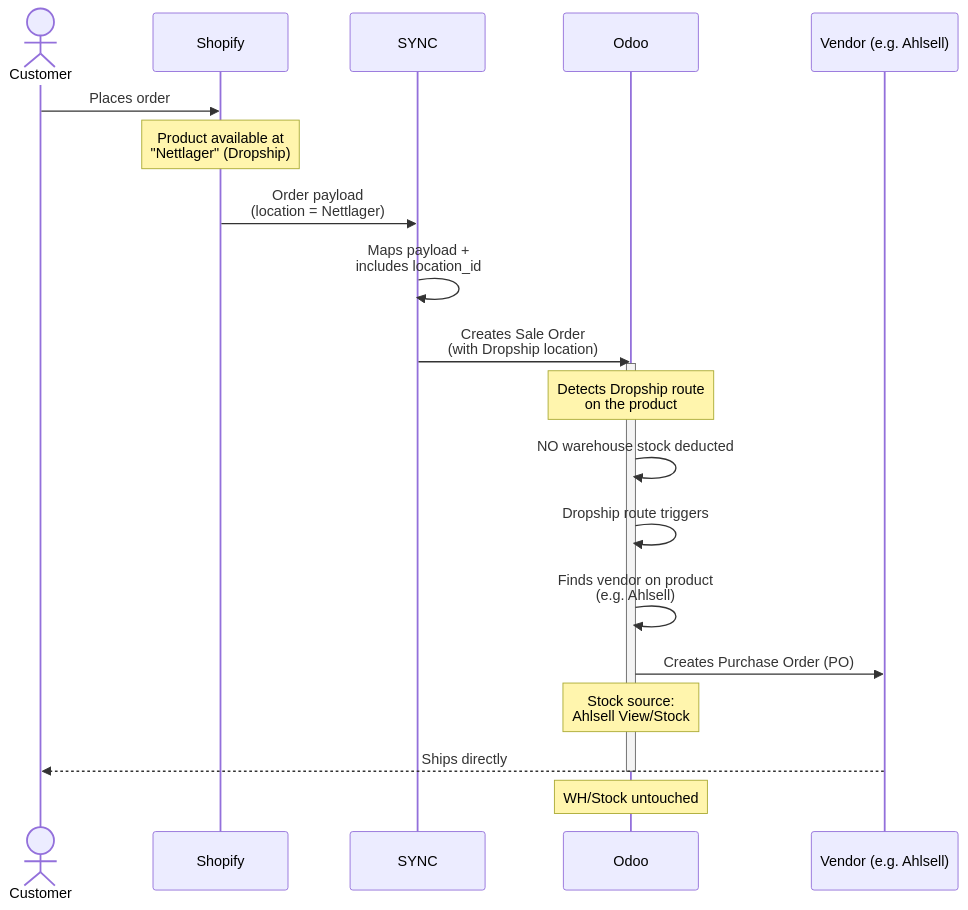
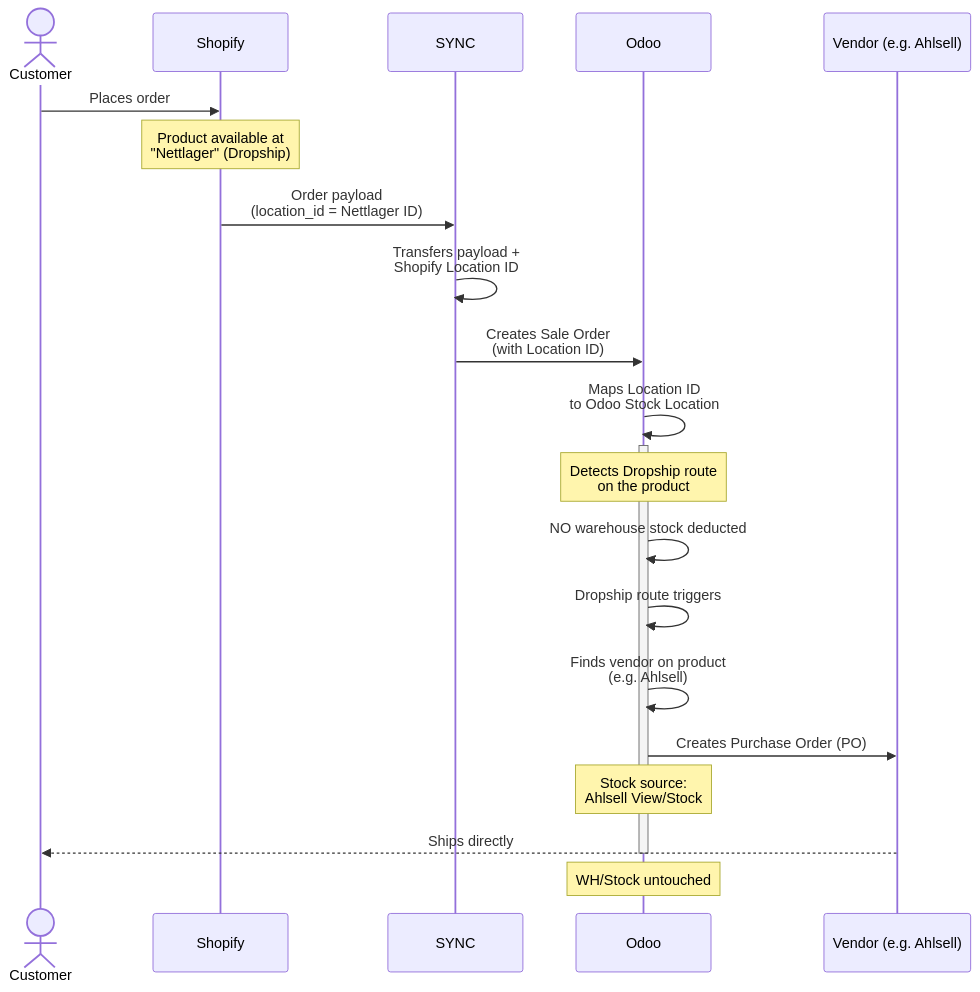
Before and after one commit to ozan-droid/documents: the sixth of 16 diagrams in shopify-sync-odoo-scenarios.md, drawn with Mermaid. The commit also changed other lines of this file, not shown here.

````diff
--- a/shopify-sync-odoo-scenarios.md
+++ b/shopify-sync-odoo-scenarios.md
@@ -272,29 +276,30 @@
 ```mermaid
 sequenceDiagram
     actor Customer
     participant Shopify
     participant SYNC
     participant Odoo
     participant Vendor as Vendor (e.g. Ahlsell)
 
     Customer->>Shopify: Places order
     Note over Shopify: Product available at<br/>"Nettlager" (Dropship)
 
-    Shopify->>SYNC: Order payload<br/>(location = Nettlager)
-    SYNC->>SYNC: Maps payload +<br/>includes location_id
-    SYNC->>Odoo: Creates Sale Order<br/>(with Dropship location)
+    Shopify->>SYNC: Order payload<br/>(location_id = Nettlager ID)
+    SYNC->>SYNC: Transfers payload +<br/>Shopify Location ID
+    SYNC->>Odoo: Creates Sale Order<br/>(with Location ID)
+    Odoo->>Odoo: Maps Location ID<br/>to Odoo Stock Location
 
     activate Odoo
     Note over Odoo: Detects Dropship route<br/>on the product
 
     Odoo->>Odoo: NO warehouse stock deducted
     Odoo->>Odoo: Dropship route triggers
     Odoo->>Odoo: Finds vendor on product<br/>(e.g. Ahlsell)
     Odoo->>Vendor: Creates Purchase Order (PO)
     Note over Odoo: Stock source:<br/>Ahlsell View/Stock
 
     Vendor-->>Customer: Ships directly
     deactivate Odoo
 
     Note over Odoo: WH/Stock untouched
 ```
````
